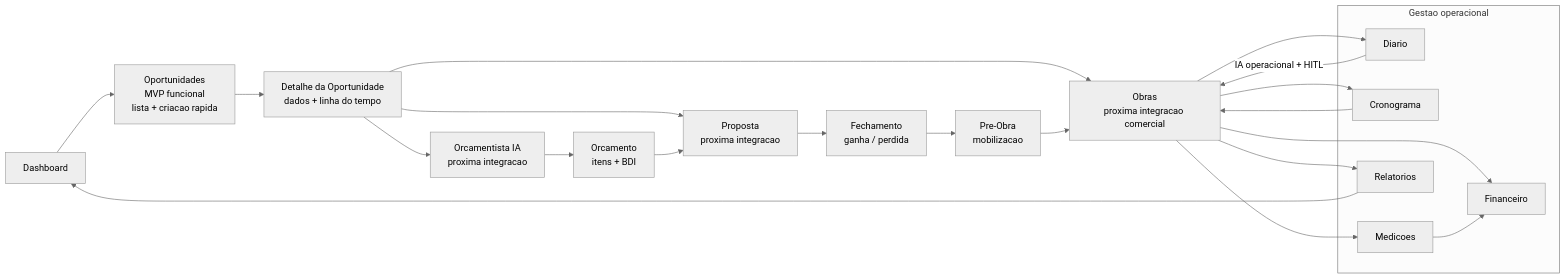
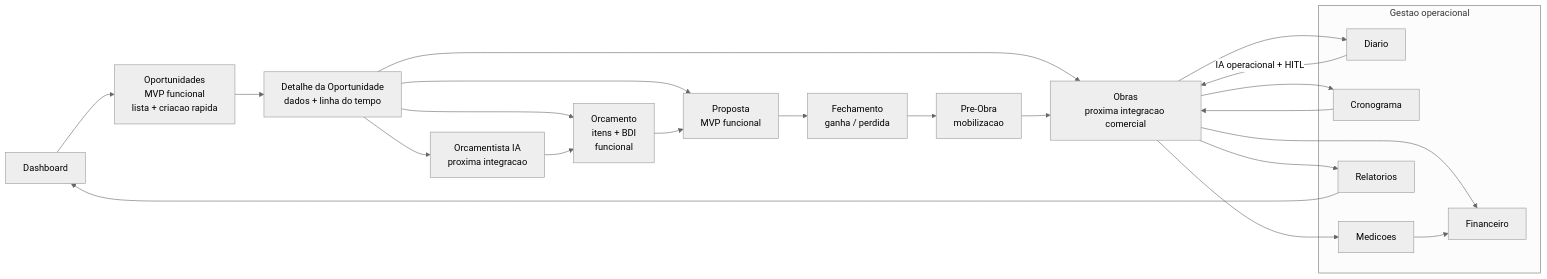
One commit to evisworkspace/evis-platform changed the diagram in platform/maps/EVIS_PRODUCT_FLOW.md. Above: the diagram before and after it, drawn with Mermaid (neutral theme). The commit also changed other lines of this file and 5 other files, not shown here.

Commit message:
docs: update EVIS maps for proposals flow

````diff
--- a/platform/maps/EVIS_PRODUCT_FLOW.md
+++ b/platform/maps/EVIS_PRODUCT_FLOW.md
@@ -5,41 +5,42 @@
 ```mermaid
 flowchart LR
   Dashboard["Dashboard"]
   Opportunities["Oportunidades<br/>MVP funcional<br/>lista + criacao rapida"]
   OpportunityDetail["Detalhe da Oportunidade<br/>dados + linha do tempo"]
   Estimator["Orcamentista IA<br/>proxima integracao"]
-  Budget["Orcamento<br/>itens + BDI"]
-  Proposal["Proposta<br/>proxima integracao"]
+  Budget["Orcamento<br/>itens + BDI<br/>funcional"]
+  Proposal["Proposta<br/>MVP funcional"]
   Closing["Fechamento<br/>ganha / perdida"]
   PreWork["Pre-Obra<br/>mobilizacao"]
   Works["Obras<br/>proxima integracao comercial"]
 
   subgraph Operations["Gestao operacional"]
     Daily["Diario"]
     Schedule["Cronograma"]
     Measurements["Medicoes"]
     Finance["Financeiro"]
     Reports["Relatorios"]
   end
 
   Dashboard --> Opportunities
   Opportunities --> OpportunityDetail
   OpportunityDetail --> Estimator
+  OpportunityDetail --> Budget
   OpportunityDetail --> Proposal
   OpportunityDetail --> Works
   Estimator --> Budget
   Budget --> Proposal
   Proposal --> Closing
   Closing --> PreWork
   PreWork --> Works
   Works --> Daily
   Works --> Schedule
   Works --> Measurements
   Works --> Finance
   Works --> Reports
 
   Daily -->|"IA operacional + HITL"| Works
   Schedule --> Works
   Measurements --> Finance
   Reports --> Dashboard
 ```
````
